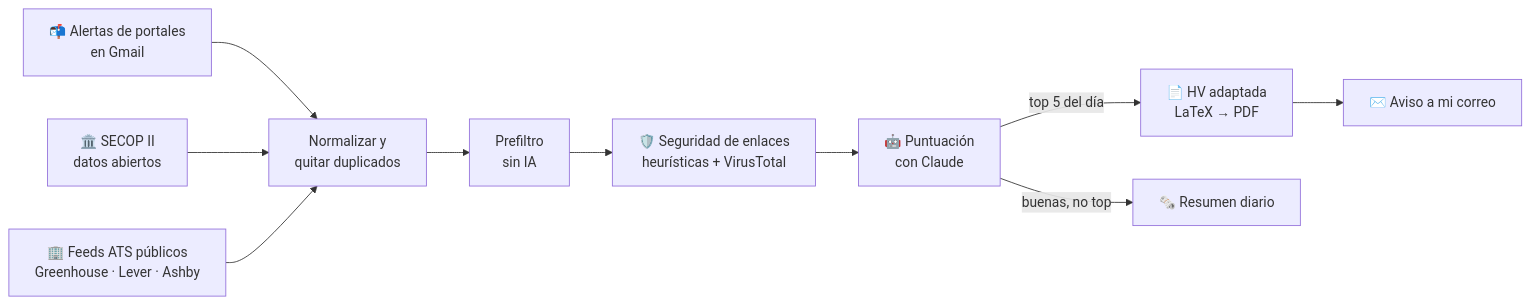
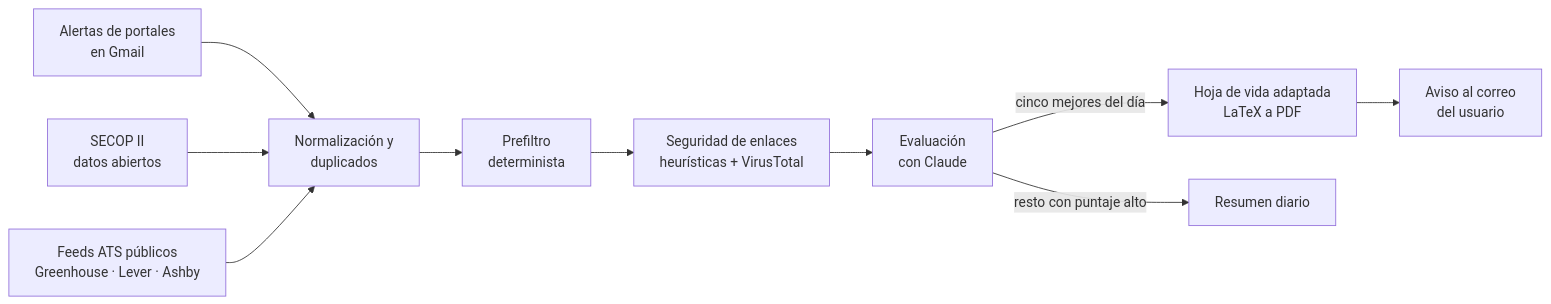
The diagram in README.md (hdballestan/radar-ofertas-legal), drawn with Mermaid before and after one commit. The commit also changed other lines of this file and 3 other files, not shown here.

````diff
--- a/README.md
+++ b/README.md
@@ -27,12 +27,12 @@
 ```mermaid
 flowchart LR
-    A[📬 Alertas de portales<br/>en Gmail] --> N
-    B[🏛️ SECOP II<br/>datos abiertos] --> N
-    C[🏢 Feeds ATS públicos<br/>Greenhouse · Lever · Ashby] --> N
-    N[Normalizar y<br/>quitar duplicados] --> F[Prefiltro<br/>sin IA]
-    F --> S[🛡️ Seguridad de enlaces<br/>heurísticas + VirusTotal]
-    S --> P[🤖 Puntuación<br/>con Claude]
-    P -->|top 5 del día| H[📄 HV adaptada<br/>LaTeX → PDF]
-    H --> M[✉️ Aviso a mi correo]
-    P -->|buenas, no top| R[🗞️ Resumen diario]
+    A[Alertas de portales<br/>en Gmail] --> N
+    B[SECOP II<br/>datos abiertos] --> N
+    C[Feeds ATS públicos<br/>Greenhouse · Lever · Ashby] --> N
+    N[Normalización y<br/>duplicados] --> F[Prefiltro<br/>determinista]
+    F --> S[Seguridad de enlaces<br/>heurísticas + VirusTotal]
+    S --> P[Evaluación<br/>con Claude]
+    P -->|cinco mejores del día| H[Hoja de vida adaptada<br/>LaTeX a PDF]
+    H --> M[Aviso al correo<br/>del usuario]
+    P -->|resto con puntaje alto| R[Resumen diario]
 ```
````
